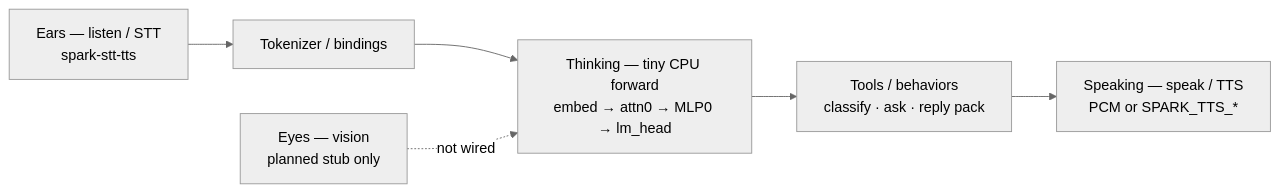
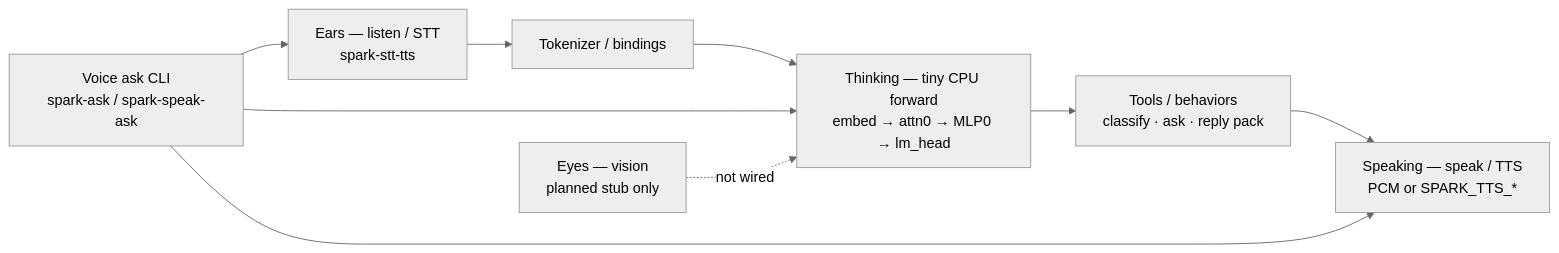
The first of 2 diagrams in docs/MODEL_ASPECTS.md (sparklang-dev/sparklang), drawn with Mermaid (neutral theme) before and after one commit. The commit also changed other lines of this file and 60 other files, not shown here.

First line of the commit message:
feat(voice-ask): STT→dump/TinyCoder→TTS ask loop for SPARK_BC

````diff
--- a/docs/MODEL_ASPECTS.md
+++ b/docs/MODEL_ASPECTS.md
@@ -50,12 +51,16 @@
 ```mermaid
 flowchart LR
   EAR["Ears — listen / STT<br/>spark-stt-tts"]
   TOK["Tokenizer / bindings"]
   BRN["Thinking — tiny CPU forward<br/>embed → attn0 → MLP0 → lm_head"]
   TOOL["Tools / behaviors<br/>classify · ask · reply pack"]
   VOC["Speaking — speak / TTS<br/>PCM or SPARK_TTS_*"]
+  ASKV["Voice ask CLI<br/>spark-ask / spark-speak-ask"]
   EAR --> TOK --> BRN
   BRN --> TOOL
   TOOL --> VOC
+  ASKV --> EAR
+  ASKV --> BRN
+  ASKV --> VOC
   EYE["Eyes — vision<br/>planned stub only"] -.->|not wired| BRN
 ```
````
